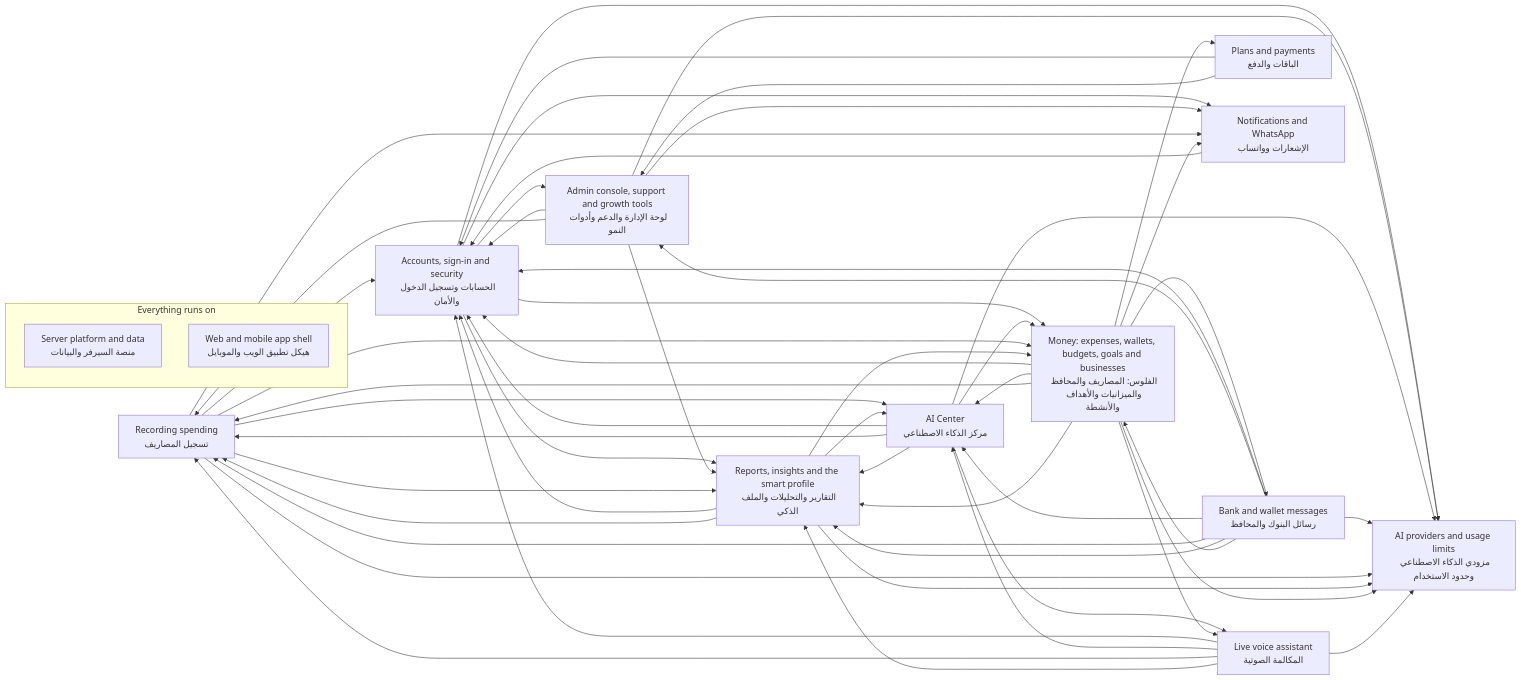
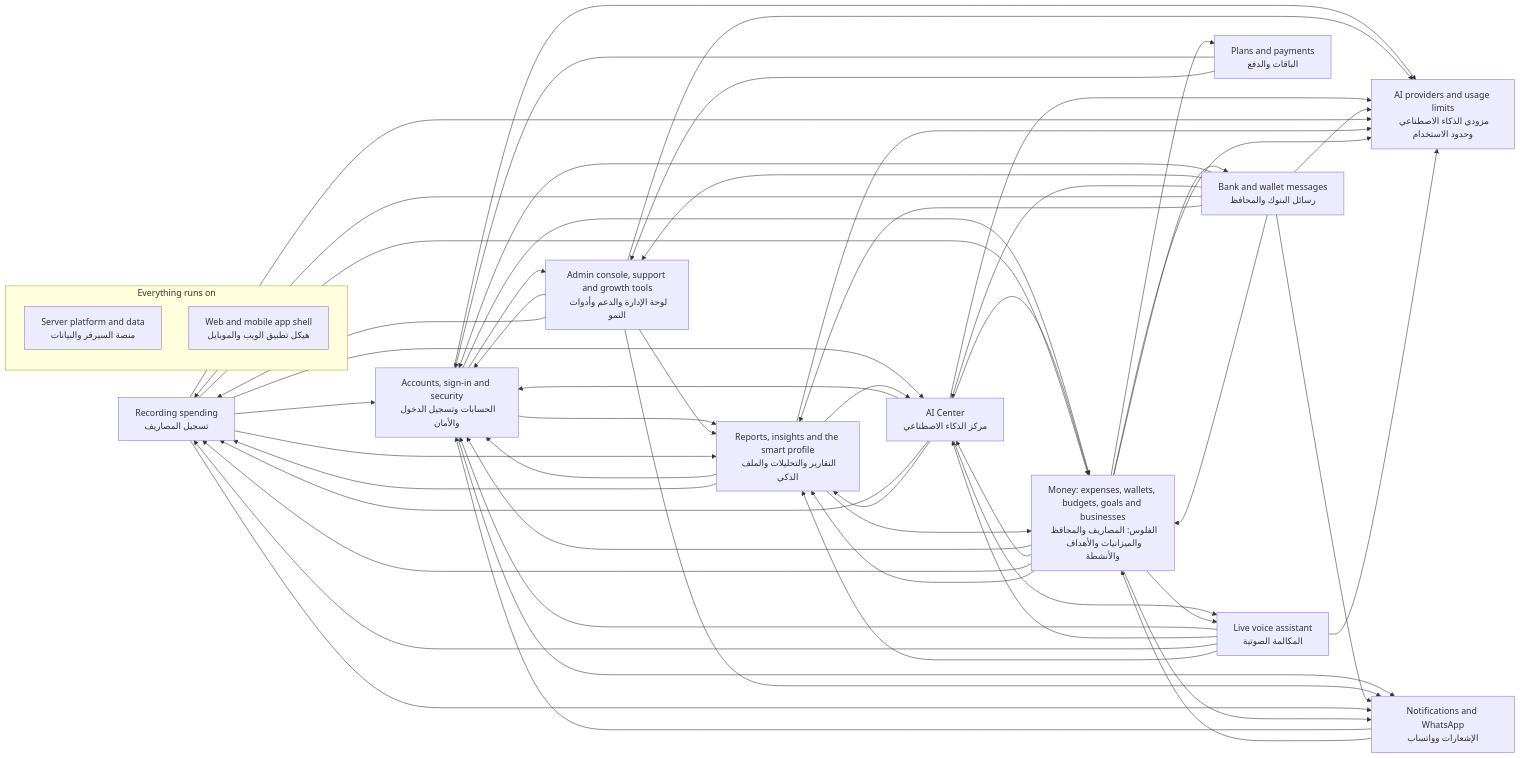
The diagram in docs/atlas/systems/README.md (mahmoudtaherr111/smartspend_mini_all), drawn with Mermaid before and after one commit. The commit also changed other lines of this file and 30 other files, not shown here.

````diff
--- a/docs/atlas/systems/README.md
+++ b/docs/atlas/systems/README.md
@@ -15,69 +15,71 @@
 ```mermaid
 flowchart LR
   sys_expense_capture["Recording spending<br/>تسجيل المصاريف"]
   sys_bank_messages["Bank and wallet messages<br/>رسائل البنوك والمحافظ"]
   sys_voice_calls["Live voice assistant<br/>المكالمة الصوتية"]
   sys_ai_center["AI Center<br/>مركز الذكاء الاصطناعي"]
   sys_insights["Reports, insights and the smart profile<br/>التقارير والتحليلات والملف الذكي"]
   sys_money["Money: expenses, wallets, budgets, goals and businesses<br/>الفلوس: المصاريف والمحافظ والميزانيات والأهداف والأنشطة"]
   sys_accounts["Accounts, sign-in and security<br/>الحسابات وتسجيل الدخول والأمان"]
   sys_billing["Plans and payments<br/>الباقات والدفع"]
   sys_notifications["Notifications and WhatsApp<br/>الإشعارات وواتساب"]
   sys_admin["Admin console, support and growth tools<br/>لوحة الإدارة والدعم وأدوات النمو"]
   sys_ai_platform["AI providers and usage limits<br/>مزودي الذكاء الاصطناعي وحدود الاستخدام"]
   subgraph g_foundation["Everything runs on"]
     sys_platform["Server platform and data<br/>منصة السيرفر والبيانات"]
     sys_web_app["Web and mobile app shell<br/>هيكل تطبيق الويب والموبايل"]
   end
   sys_accounts --> sys_admin
   sys_accounts --> sys_ai_platform
   sys_accounts --> sys_insights
   sys_accounts --> sys_money
   sys_accounts --> sys_notifications
   sys_admin --> sys_accounts
   sys_admin --> sys_ai_platform
   sys_admin --> sys_expense_capture
   sys_admin --> sys_insights
   sys_admin --> sys_notifications
   sys_ai_center --> sys_accounts
   sys_ai_center --> sys_ai_platform
   sys_ai_center --> sys_expense_capture
   sys_ai_center --> sys_insights
   sys_ai_center --> sys_money
   sys_ai_center --> sys_voice_calls
   sys_bank_messages --> sys_accounts
   sys_bank_messages --> sys_admin
   sys_bank_messages --> sys_ai_center
   sys_bank_messages --> sys_ai_platform
   sys_bank_messages --> sys_expense_capture
   sys_bank_messages --> sys_insights
   sys_bank_messages --> sys_money
+  sys_bank_messages --> sys_notifications
   sys_billing --> sys_accounts
   sys_billing --> sys_admin
   sys_expense_capture --> sys_accounts
   sys_expense_capture --> sys_ai_center
   sys_expense_capture --> sys_ai_platform
   sys_expense_capture --> sys_insights
   sys_expense_capture --> sys_money
   sys_expense_capture --> sys_notifications
   sys_insights --> sys_accounts
   sys_insights --> sys_ai_center
   sys_insights --> sys_ai_platform
   sys_insights --> sys_expense_capture
   sys_insights --> sys_money
   sys_money --> sys_accounts
   sys_money --> sys_ai_center
   sys_money --> sys_ai_platform
   sys_money --> sys_bank_messages
   sys_money --> sys_billing
   sys_money --> sys_expense_capture
   sys_money --> sys_insights
   sys_money --> sys_notifications
   sys_money --> sys_voice_calls
   sys_notifications --> sys_accounts
+  sys_notifications --> sys_money
   sys_voice_calls --> sys_accounts
   sys_voice_calls --> sys_ai_center
   sys_voice_calls --> sys_ai_platform
   sys_voice_calls --> sys_expense_capture
   sys_voice_calls --> sys_insights
 ```
````
